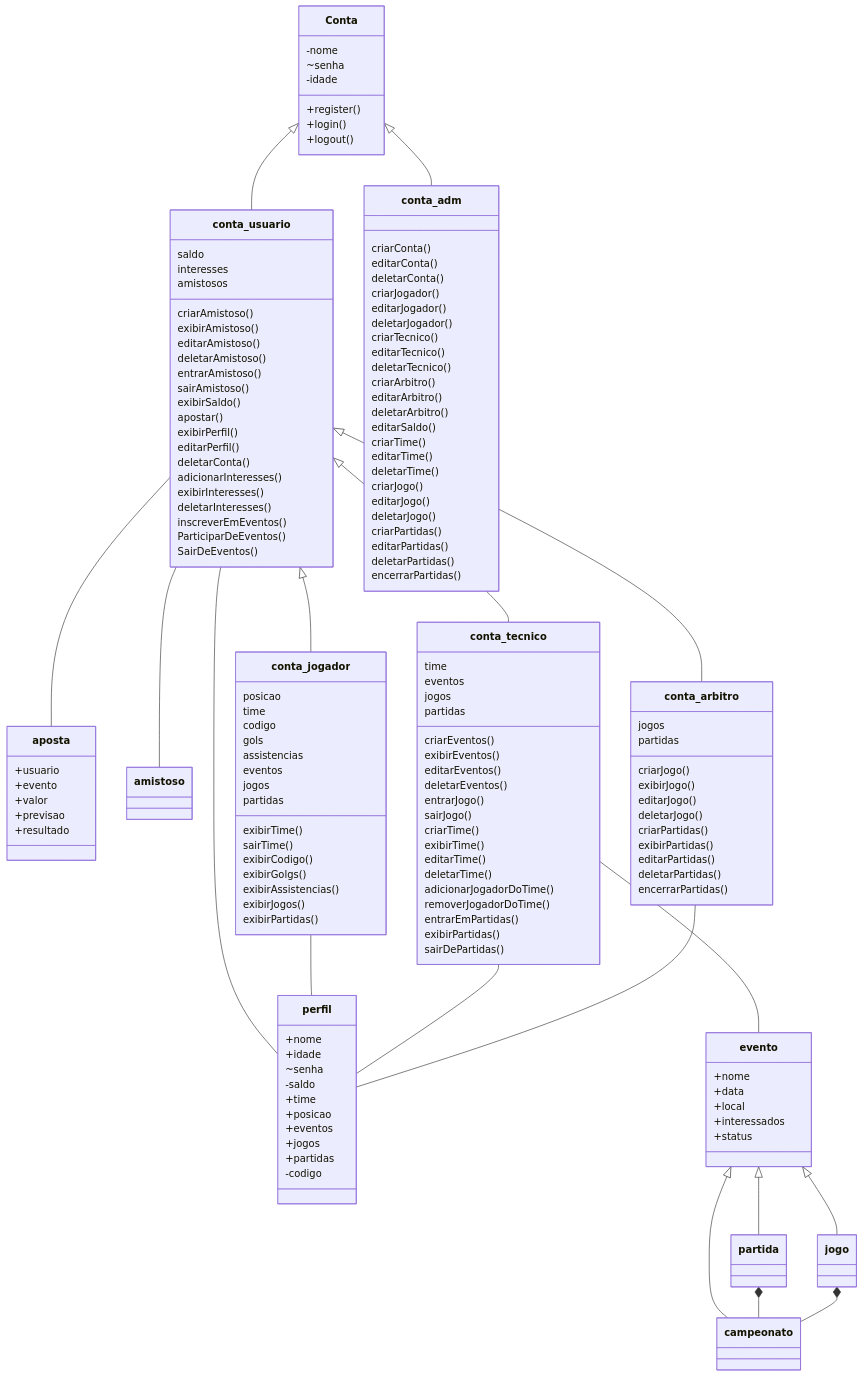
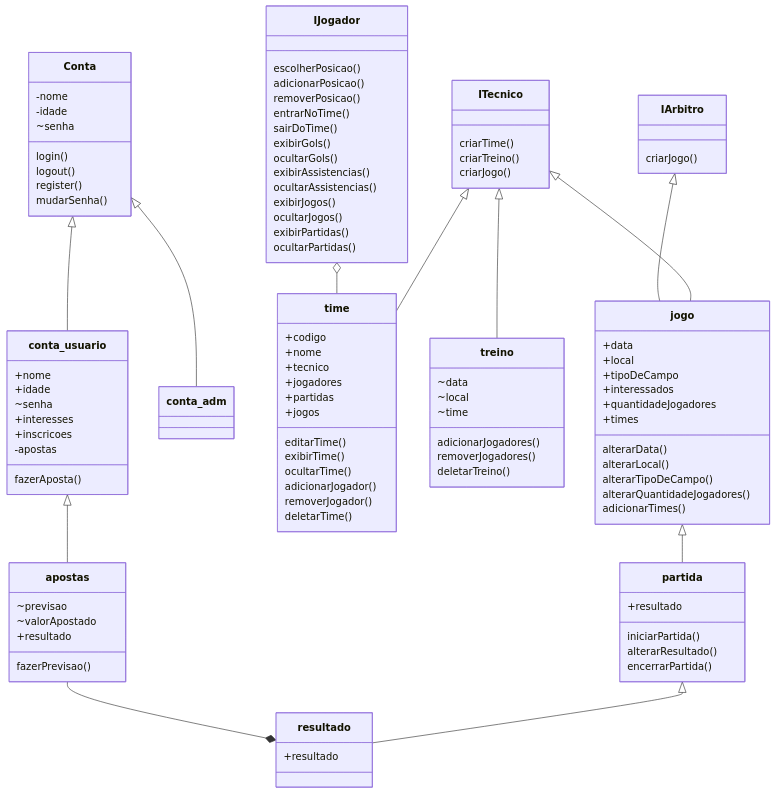
The diagram in UML/uml.mmd (jeni101/Projeto-Baba), drawn with Mermaid before and after one commit. The commit also changed 2 other files, not shown here.

```diff
--- a/UML/uml.mmd
+++ b/UML/uml.mmd
@@ -1,144 +1,106 @@
 classDiagram
+    %%Super-classes
     Conta <|-- conta_usuario
     Conta <|-- conta_adm
     Conta : -nome
+    Conta : -idade
     Conta : ~senha
-    Conta : -idade
-    Conta : +register()
-    Conta : +login()
-    Conta : +logout()
+    Conta : login()
+    Conta : logout()
+    Conta : register()
+    Conta : mudarSenha()
+
+    %%Interfaces
+    IJogador : escolherPosicao()
+    IJogador : adicionarPosicao()
+    IJogador : removerPosicao()
+    IJogador : entrarNoTime()
+    IJogador : sairDoTime()
+    IJogador : exibirGols()
+    IJogador : ocultarGols()
+    IJogador : exibirAssistencias()
+    IJogador : ocultarAssistencias()
+    IJogador : exibirJogos()
+    IJogador : ocultarJogos()
+    IJogador : exibirPartidas()
+    IJogador : ocultarPartidas()
+
+
+    ITecnico <|-- time
+    ITecnico <|-- treino
+    ITecnico <|-- jogo
+    ITecnico : criarTime()
+    ITecnico : criarTreino()
+    ITecnico : criarJogo()
+
+
+    IJogador o-- time
 
     
-    conta_usuario -- perfil
-    conta_usuario -- aposta
-    conta_usuario -- amistoso
-    conta_usuario <|-- conta_jogador
-    conta_usuario <|-- conta_tecnico
-    conta_usuario <|-- conta_arbitro
-    conta_usuario : saldo
-    conta_usuario : interesses
-    conta_usuario : amistosos
-    conta_usuario : criarAmistoso()
-    conta_usuario : exibirAmistoso()
-    conta_usuario : editarAmistoso()
-    conta_usuario : deletarAmistoso()
-    conta_usuario : entrarAmistoso()
-    conta_usuario : sairAmistoso()
-    conta_usuario : exibirSaldo()
-    conta_usuario : apostar()
-    conta_usuario : exibirPerfil()
-    conta_usuario : editarPerfil()
-    conta_usuario : deletarConta()
-    conta_usuario : adicionarInteresses()
-    conta_usuario : exibirInteresses()
-    conta_usuario : deletarInteresses()
-    conta_usuario : inscreverEmEventos()
-    conta_usuario : ParticiparDeEventos()
-    conta_usuario : SairDeEventos()
-
-    conta_jogador -- perfil
-    conta_jogador : posicao
-    conta_jogador : time
-    conta_jogador : codigo
-    conta_jogador : gols
-    conta_jogador : assistencias
-    conta_jogador : eventos
-    conta_jogador : jogos
-    conta_jogador : partidas
-    conta_jogador : exibirTime()
-    conta_jogador : sairTime()
-    conta_jogador : exibirCodigo()
-    conta_jogador : exibirGolgs()
-    conta_jogador : exibirAssistencias()
-    conta_jogador : exibirJogos()
-    conta_jogador : exibirPartidas()
-
-    conta_tecnico -- perfil
-    conta_tecnico -- evento
-    conta_tecnico : time
-    conta_tecnico : eventos
-    conta_tecnico : jogos
-    conta_tecnico : partidas
-    conta_tecnico : criarEventos()
-    conta_tecnico : exibirEventos()
-    conta_tecnico : editarEventos()
-    conta_tecnico : deletarEventos()
-    conta_tecnico : entrarJogo()
-    conta_tecnico : sairJogo()
-    conta_tecnico : criarTime()
-    conta_tecnico : exibirTime()
-    conta_tecnico : editarTime()
-    conta_tecnico : deletarTime()
-    conta_tecnico : adicionarJogadorDoTime()
-    conta_tecnico : removerJogadorDoTime()
-    conta_tecnico : entrarEmPartidas()
-    conta_tecnico : exibirPartidas()
-    conta_tecnico : sairDePartidas()
-
-    conta_arbitro -- perfil 
-    conta_arbitro : jogos
-    conta_arbitro : partidas
-    conta_arbitro : criarJogo()
-    conta_arbitro : exibirJogo()
-    conta_arbitro : editarJogo()
-    conta_arbitro : deletarJogo()
-    conta_arbitro : criarPartidas()
-    conta_arbitro : exibirPartidas()
-    conta_arbitro : editarPartidas()
-    conta_arbitro : deletarPartidas()
-    conta_arbitro : encerrarPartidas()
-
-    conta_adm : criarConta()
-    conta_adm : editarConta()
-    conta_adm : deletarConta()
-    conta_adm : criarJogador()
-    conta_adm : editarJogador()
-    conta_adm : deletarJogador()
-    conta_adm : criarTecnico()
-    conta_adm : editarTecnico()
-    conta_adm : deletarTecnico()
-    conta_adm : criarArbitro()
-    conta_adm : editarArbitro()
-    conta_adm : deletarArbitro()
-    conta_adm : editarSaldo()
-    conta_adm : criarTime()
-    conta_adm : editarTime()
-    conta_adm : deletarTime()
-    conta_adm : criarJogo()
-    conta_adm : editarJogo()
-    conta_adm : deletarJogo()
-    conta_adm : criarPartidas()
-    conta_adm : editarPartidas()
-    conta_adm : deletarPartidas()
-    conta_adm : encerrarPartidas()
+    IArbitro <|-- jogo
+    IArbitro : criarJogo()
 
 
+    %%contas
+    conta_usuario <|-- apostas
+    conta_usuario : +nome
+    conta_usuario : +idade
+    conta_usuario : ~senha
+    conta_usuario : +interesses
+    conta_usuario : +inscricoes
+    conta_usuario : -apostas
+    conta_usuario : fazerAposta()
 
-    perfil : +nome
-    perfil : +idade
-    perfil : ~senha
-    perfil : -saldo
-    perfil : +time
-    perfil : +posicao
-    perfil : +eventos
-    perfil : +jogos
-    perfil : +partidas
-    perfil : -codigo
 
-    aposta : +usuario
-    aposta : +evento
-    aposta : +valor
-    aposta : +previsao
-    aposta : +resultado
+    %%Enditades
+    time : +codigo
+    time : +nome
+    time : +tecnico
+    time : +jogadores
+    time : +partidas
+    time : +jogos
+    time : editarTime()
+    time : exibirTime()
+    time : ocultarTime()
+    time : adicionarJogador()
+    time : removerJogador()
+    time : deletarTime()
 
-    evento <|-- jogo
-    evento <|-- partida
-    evento <|-- campeonato
-    evento : +nome
-    evento : +data
-    evento : +local
-    evento : +interessados
-    evento : +status
 
-    partida *-- campeonato
-    jogo *-- campeonato
+    treino : ~data
+    treino : ~local
+    treino : ~time
+    treino : adicionarJogadores()
+    treino : removerJogadores()
+    treino : deletarTreino()
+
+
+    apostas : ~previsao
+    apostas : ~valorApostado
+    apostas : +resultado
+    apostas : fazerPrevisao()
+
+
+    jogo <|-- partida
+    jogo : +data
+    jogo : +local
+    jogo : +tipoDeCampo
+    jogo : +interessados
+    jogo : +quantidadeJogadores
+    jogo : +times
+    jogo : alterarData()
+    jogo : alterarLocal()
+    jogo : alterarTipoDeCampo()
+    jogo : alterarQuantidadeJogadores()
+    jogo : adicionarTimes()
+
+
+    partida : +resultado
+    partida : iniciarPartida()
+    partida : alterarResultado()
+    partida : encerrarPartida()
+
+
+    partida <|-- resultado
+    apostas --* resultado
+    resultado : +resultado
```
